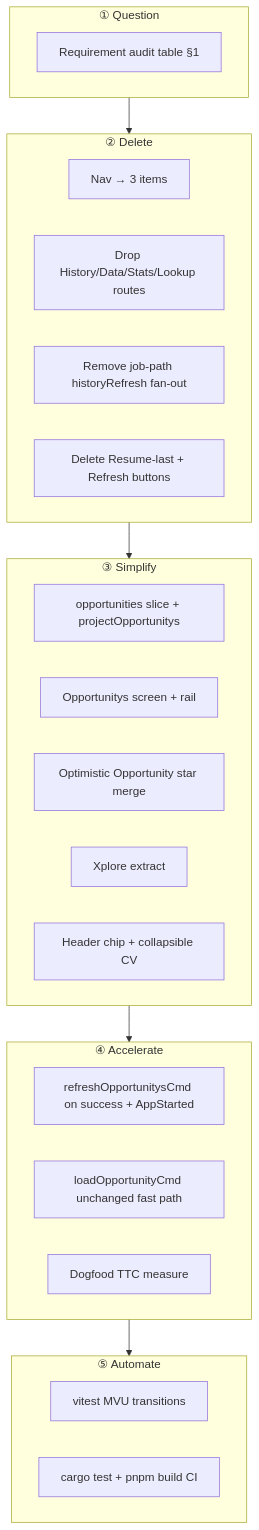
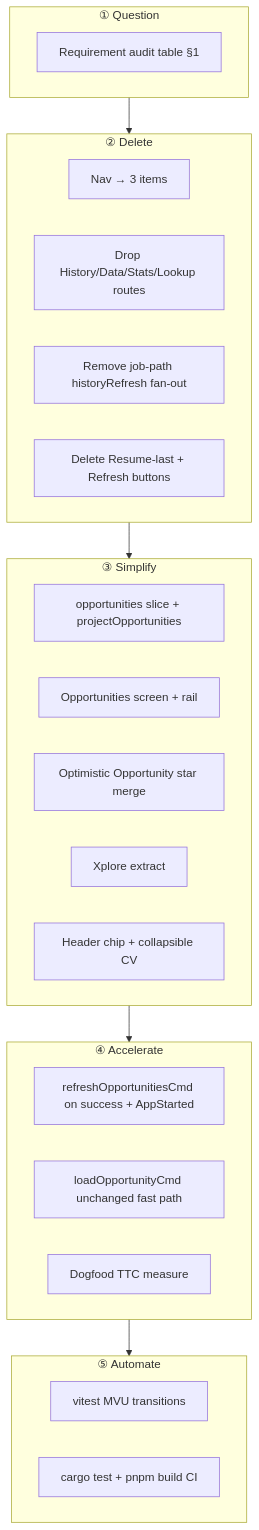
Diagram 12 of 13 in reports/single-pr-intuitive-product.md (p10ns11y/collab-finder), drawn with Mermaid before and after one commit. The commit also changed other lines of this file and 11 other files, not shown here.

````diff
--- a/reports/single-pr-intuitive-product.md
+++ b/reports/single-pr-intuitive-product.md
@@ -459,29 +459,29 @@
 ```mermaid
 flowchart TD
   subgraph step1["① Question"]
     Q1[Requirement audit table §1]
   end
   subgraph step2["② Delete"]
     D1[Nav → 3 items]
     D2[Drop History/Data/Stats/Lookup routes]
     D3[Remove job-path historyRefresh fan-out]
     D4[Delete Resume-last + Refresh buttons]
   end
   subgraph step3["③ Simplify"]
-    S1[opportunities slice + projectOpportunitys]
-    S2[Opportunitys screen + rail]
+    S1[opportunities slice + projectOpportunities]
+    S2[Opportunities screen + rail]
     S3[Optimistic Opportunity star merge]
     S4[Xplore extract]
     S5[Header chip + collapsible CV]
   end
   subgraph step4["④ Accelerate"]
-    A1[refreshOpportunitysCmd on success + AppStarted]
+    A1[refreshOpportunitiesCmd on success + AppStarted]
     A2[loadOpportunityCmd unchanged fast path]
     A3[Dogfood TTC measure]
   end
   subgraph step5["⑤ Automate"]
     Z1[vitest MVU transitions]
     Z2[cargo test + pnpm build CI]
   end
   step1 --> step2 --> step3 --> step4 --> step5
 ```
````
